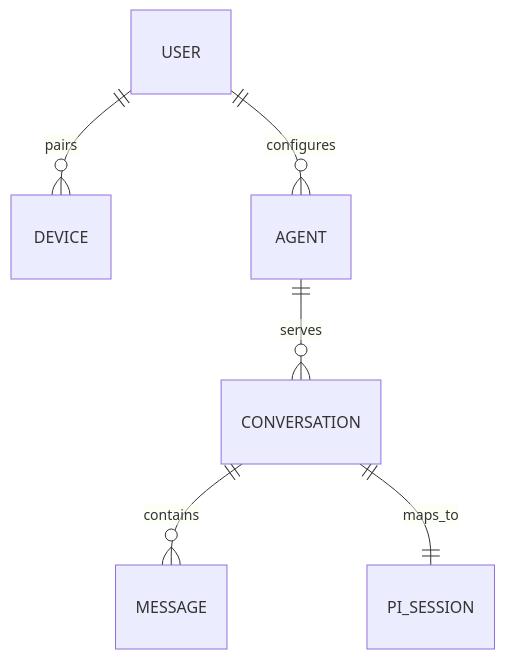
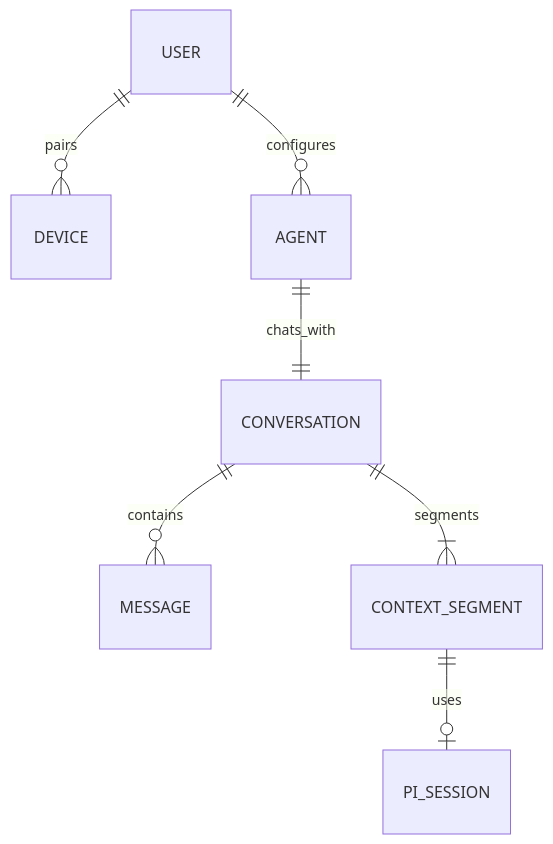
The diagram in docs/architecture/00-overview.md (zhuxining/AgentChat), drawn with Mermaid before and after one commit. The commit also changed other lines of this file and 6 other files, not shown here.

````diff
--- a/docs/architecture/00-overview.md
+++ b/docs/architecture/00-overview.md
@@ -77,8 +81,9 @@
 ```mermaid
 erDiagram
     USER ||--o{ DEVICE : pairs
     USER ||--o{ AGENT : configures
-    AGENT ||--o{ CONVERSATION : serves
+    AGENT ||--|| CONVERSATION : chats_with
     CONVERSATION ||--o{ MESSAGE : contains
-    CONVERSATION ||--|| PI_SESSION : maps_to
+    CONVERSATION ||--|{ CONTEXT_SEGMENT : segments
+    CONTEXT_SEGMENT ||--o| PI_SESSION : uses
 ```
````
